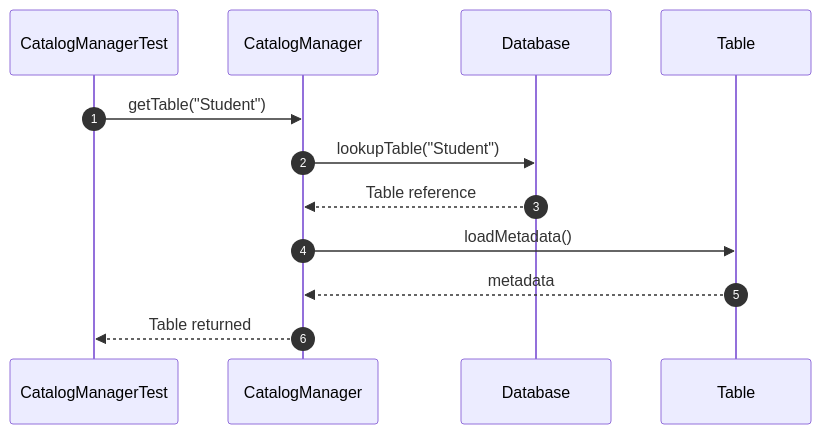
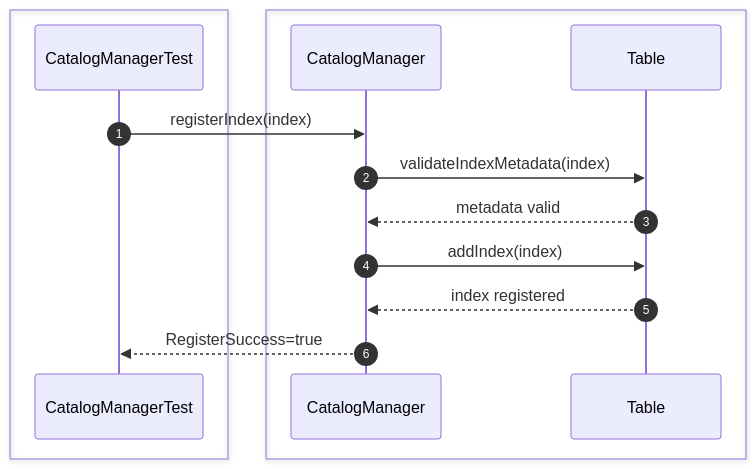
Before and after one commit to Huy1801214/dbms-architecture: the fourth of 28 diagrams in src/sequence/catalog.md, drawn with Mermaid. The commit also changed other lines of this file and 10 other files, not shown here.

Commit message:
add comprehensive sequence diagrams and documentation for system architecture and unit testing specifications

````diff
--- a/src/sequence/catalog.md
+++ b/src/sequence/catalog.md
@@ -32,20 +79,23 @@
 ```mermaid
 sequenceDiagram
     autonumber
+    box #e1f5fe Test Suite
     participant Test as CatalogManagerTest
+    end
+    box #e8f5e9 Catalog Objects
     participant Catalog as CatalogManager
-    participant DB as Database
     participant Tbl as Table
+    end
 
-    Test->>Catalog: getTable("Student")
+    Test->>Catalog: registerIndex(index)
 
-    Catalog->>DB: lookupTable("Student")
+    Catalog->>Tbl: validateIndexMetadata(index)
 
-    DB-->>Catalog: Table reference
+    Tbl-->>Catalog: metadata valid
 
-    Catalog->>Tbl: loadMetadata()
+    Catalog->>Tbl: addIndex(index)
 
-    Tbl-->>Catalog: metadata
+    Tbl-->>Catalog: index registered
 
-    Catalog-->>Test: Table returned
+    Catalog-->>Test: RegisterSuccess=true
 ```
````
